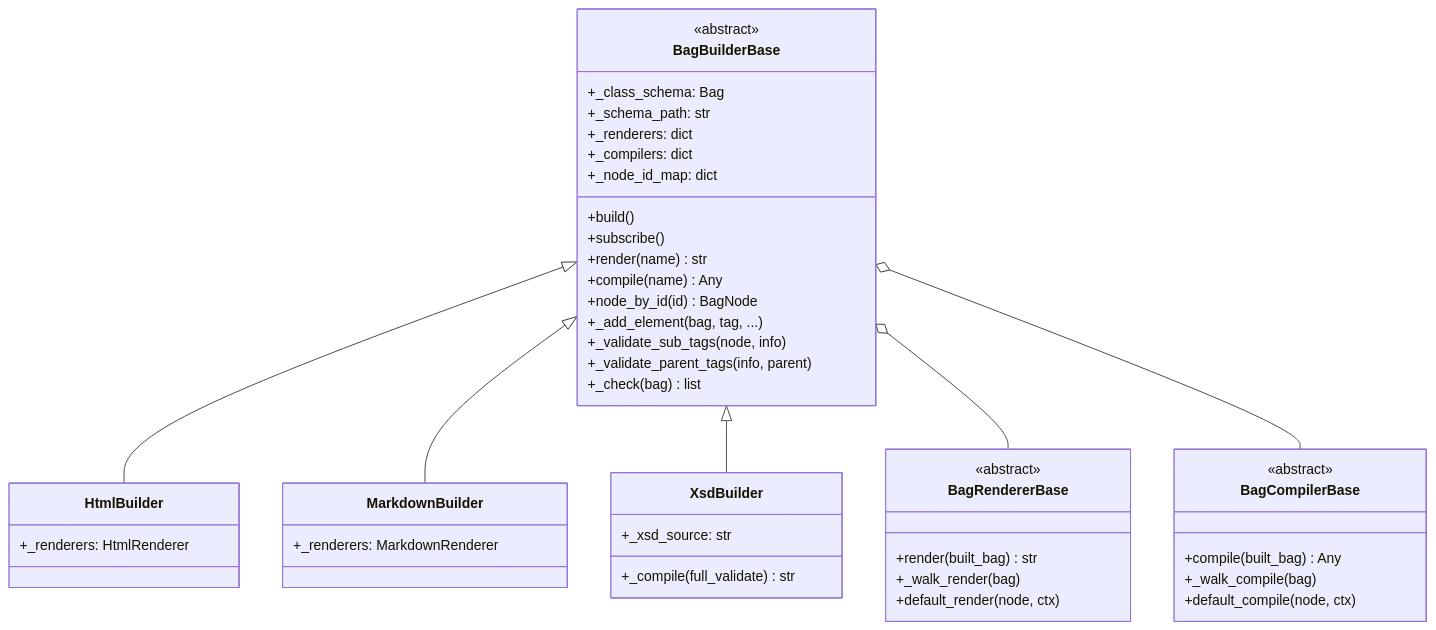
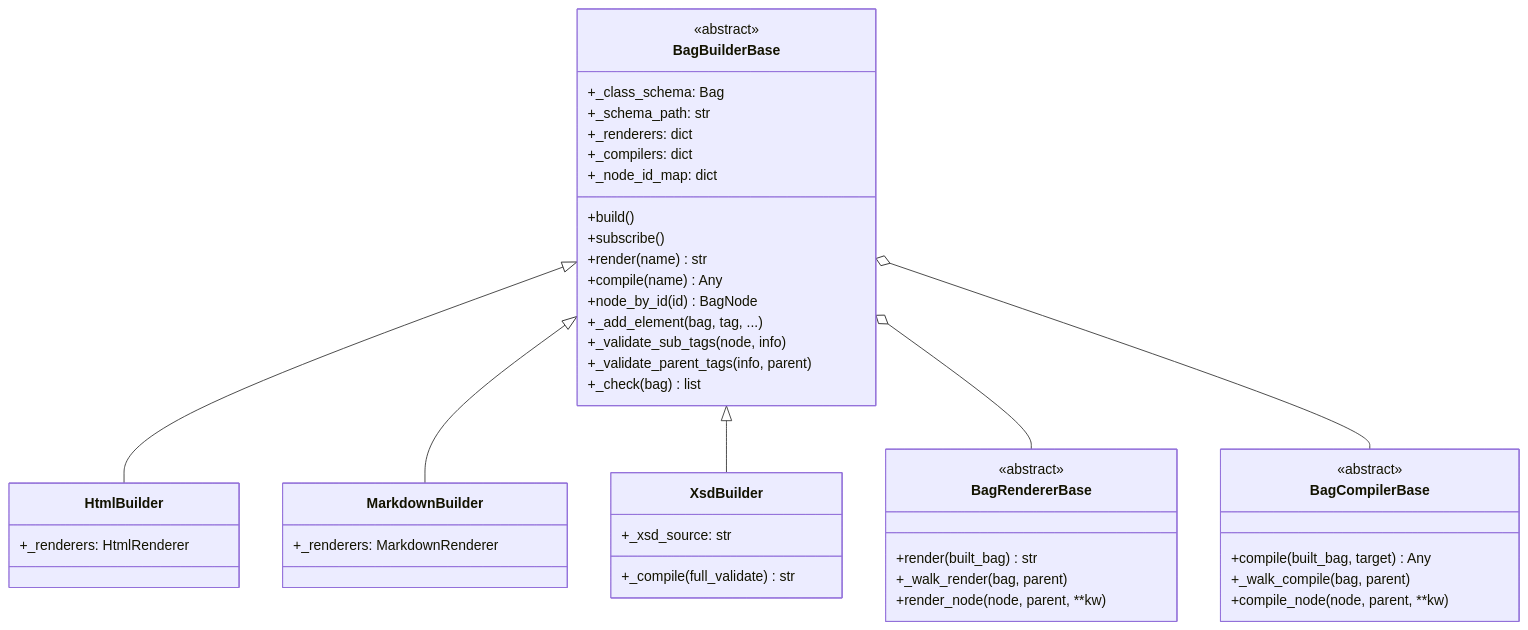
Before and after one commit to genropy/genro-builders: diagram 11 of 16 in docs/reference/architecture.md, drawn with Mermaid. The commit also changed 16 other files, not shown here.

````diff
--- a/docs/reference/architecture.md
+++ b/docs/reference/architecture.md
@@ -233,53 +233,53 @@
 ```mermaid
 classDiagram
     class BagBuilderBase {
         <<abstract>>
         +_class_schema: Bag
         +_schema_path: str
         +_renderers: dict
         +_compilers: dict
         +_node_id_map: dict
         +build()
         +subscribe()
         +render(name) str
         +compile(name) Any
         +node_by_id(id) BagNode
         +_add_element(bag, tag, ...)
         +_validate_sub_tags(node, info)
         +_validate_parent_tags(info, parent)
         +_check(bag) list
     }
 
     class BagRendererBase {
         <<abstract>>
         +render(built_bag) str
-        +_walk_render(bag)
-        +default_render(node, ctx)
+        +_walk_render(bag, parent)
+        +render_node(node, parent, **kw)
     }
 
     class BagCompilerBase {
         <<abstract>>
-        +compile(built_bag) Any
-        +_walk_compile(bag)
-        +default_compile(node, ctx)
+        +compile(built_bag, target) Any
+        +_walk_compile(bag, parent)
+        +compile_node(node, parent, **kw)
     }
 
     class HtmlBuilder {
         +_renderers: HtmlRenderer
     }
 
     class MarkdownBuilder {
         +_renderers: MarkdownRenderer
     }
 
     class XsdBuilder {
         +_xsd_source: str
         +_compile(full_validate) str
     }
 
     BagBuilderBase <|-- HtmlBuilder
     BagBuilderBase <|-- MarkdownBuilder
     BagBuilderBase <|-- XsdBuilder
     BagBuilderBase o-- BagRendererBase
     BagBuilderBase o-- BagCompilerBase
 ```
````
